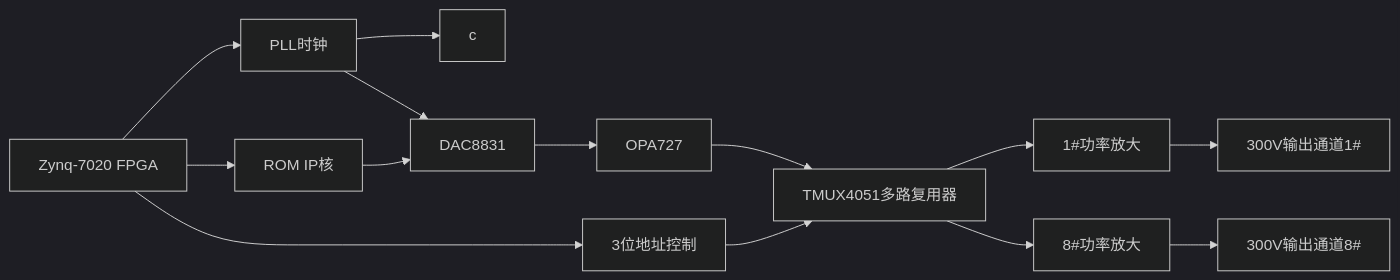
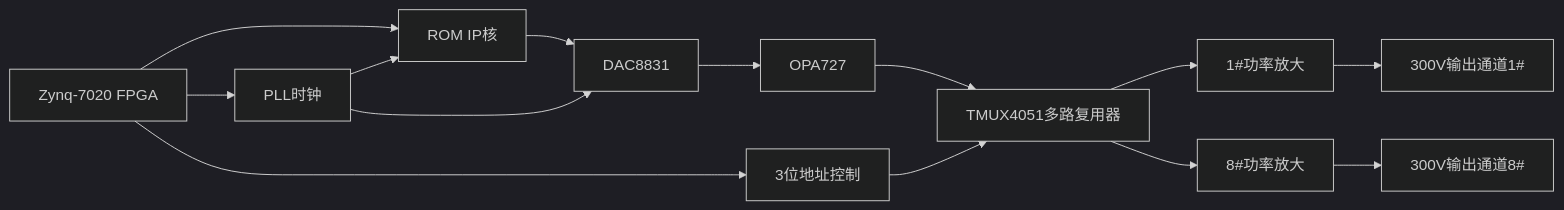
The diagram in all/信号发生.md (Rukawa15/iodraw-files), drawn with Mermaid (dark theme) before and after one commit.

Commit message:
2025-06-19 14:22:20 update

````diff
--- a/all/信号发生.md
+++ b/all/信号发生.md
@@ -1,11 +1,11 @@
 ```mermaid
 graph LR
-A[Zynq-7020 FPGA] --> B[ROM IP核] 
-A --> C[PLL时钟] --> c
+A[Zynq-7020 FPGA] --> C[ROM IP核] 
+A --> B[PLL时钟] --> C
 C --> D[DAC8831] 
 B --> D[DAC8831] 
 D --> E[OPA727] --> F[TMUX4051多路复用器]
 F --> H[1#功率放大] --> I[300V输出通道1#]
 F --> J[8#功率放大] --> K[300V输出通道8#]
 A --> G[3位地址控制] --> F
 ```
````
